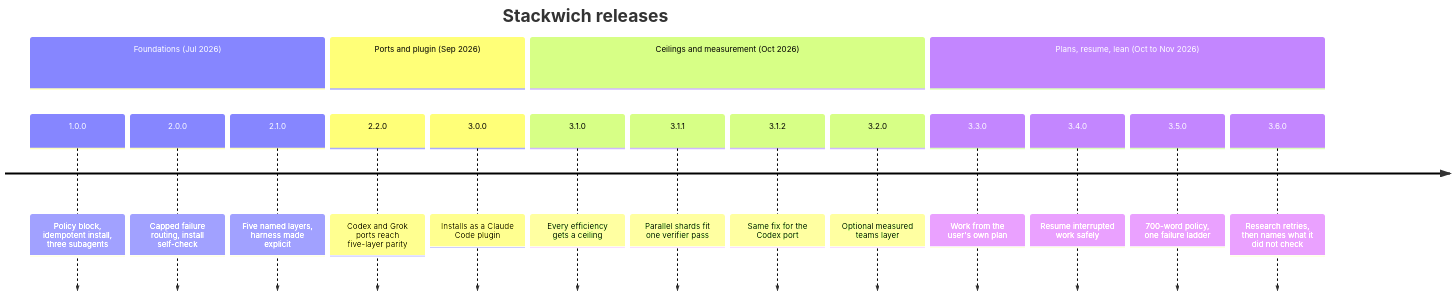
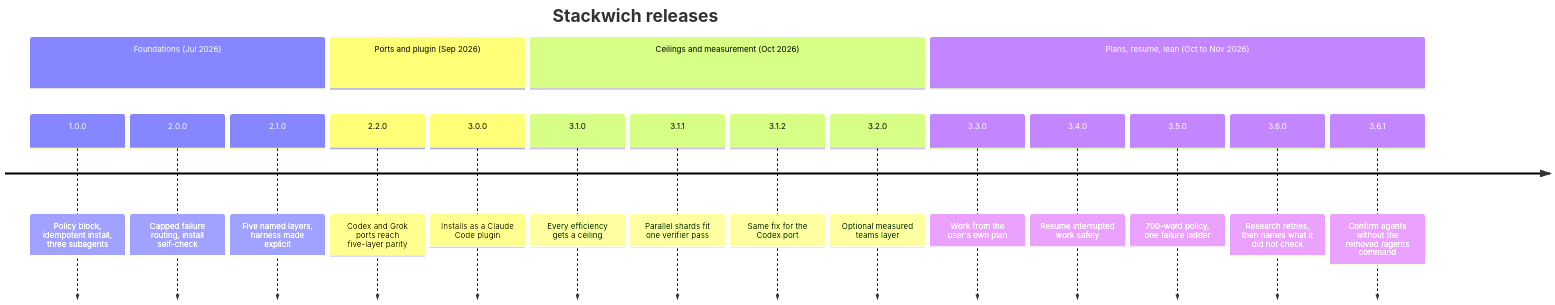
One commit to ovhirup/stackwich changed the diagram in docs/EVOLUTION.md. Above: the diagram before and after it, drawn with Mermaid. The commit also changed other lines of this file and 1 other file, not shown here.

Commit message:
docs: add v3.6.1 to the evolution timeline (#48)

````diff
--- a/docs/EVOLUTION.md
+++ b/docs/EVOLUTION.md
@@ -11,21 +11,22 @@
 ```mermaid
 timeline
     title Stackwich releases
     section Foundations (Jul 2026)
         1.0.0 : Policy block, idempotent install, three subagents
         2.0.0 : Capped failure routing, install self-check
         2.1.0 : Five named layers, harness made explicit
     section Ports and plugin (Sep 2026)
         2.2.0 : Codex and Grok ports reach five-layer parity
         3.0.0 : Installs as a Claude Code plugin
     section Ceilings and measurement (Oct 2026)
         3.1.0 : Every efficiency gets a ceiling
         3.1.1 : Parallel shards fit one verifier pass
         3.1.2 : Same fix for the Codex port
         3.2.0 : Optional measured teams layer
     section Plans, resume, lean (Oct to Nov 2026)
         3.3.0 : Work from the user's own plan
         3.4.0 : Resume interrupted work safely
         3.5.0 : 700-word policy, one failure ladder
         3.6.0 : Research retries, then names what it did not check
+        3.6.1 : Confirm agents without the removed /agents command
 ```
````
